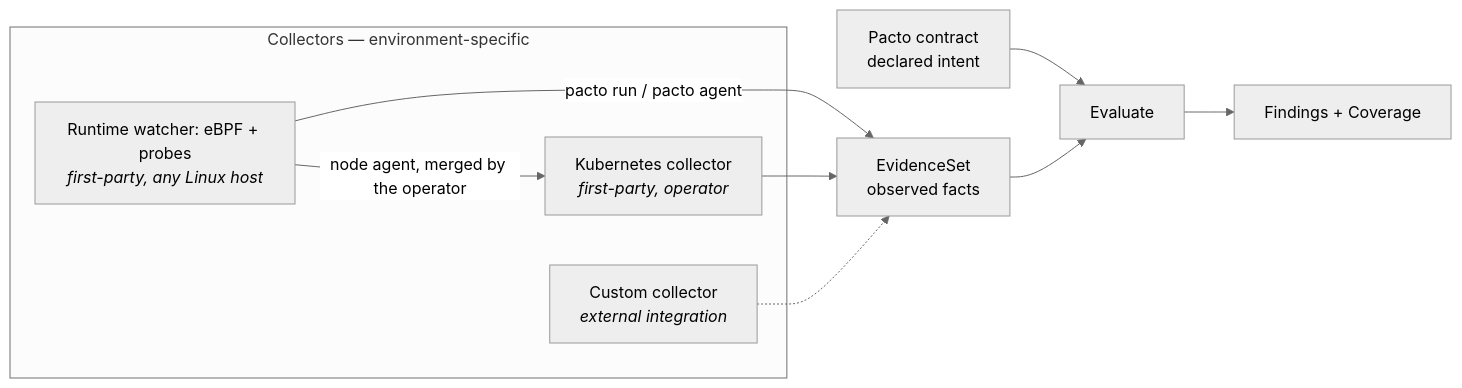
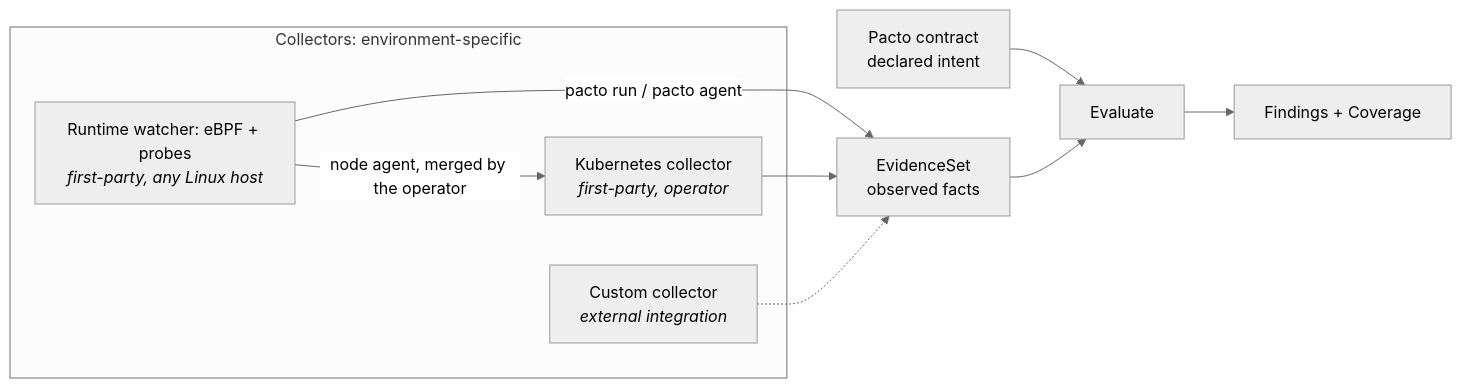
Before and after one commit to TrianaLab/pacto: the second of 2 diagrams in docs/model.md, drawn with Mermaid (neutral theme). The commit also changed other lines of this file and 1300 other files, not shown here.

````diff
--- a/docs/model.md
+++ b/docs/model.md
@@ -108,16 +105,16 @@
 ```mermaid
 flowchart LR
     C["Pacto contract<br/>declared intent"]
-    subgraph Collectors["Collectors — environment-specific"]
+    subgraph Collectors["Collectors: environment-specific"]
         W["Runtime watcher: eBPF + probes<br/><i>first-party, any Linux host</i>"]
         K["Kubernetes collector<br/><i>first-party, operator</i>"]
         X["Custom collector<br/><i>external integration</i>"]
     end
     W -- "pacto run / pacto agent" --> E["EvidenceSet<br/>observed facts"]
     W -- "node agent, merged by the operator" --> K
     K --> E
     X -.-> E
     C --> V["Evaluate"]
     E --> V
     V --> F["Findings + Coverage"]
 ```
````
